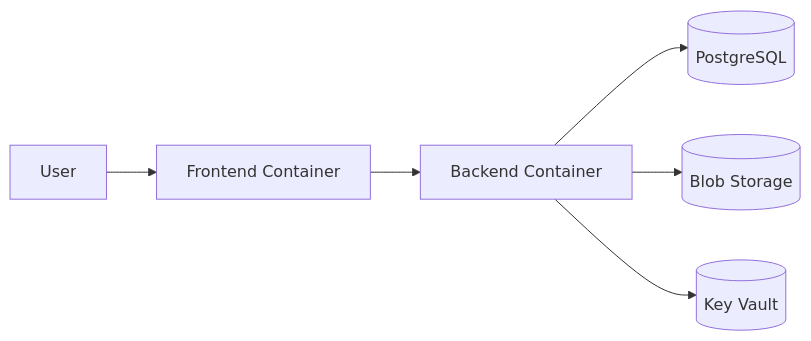
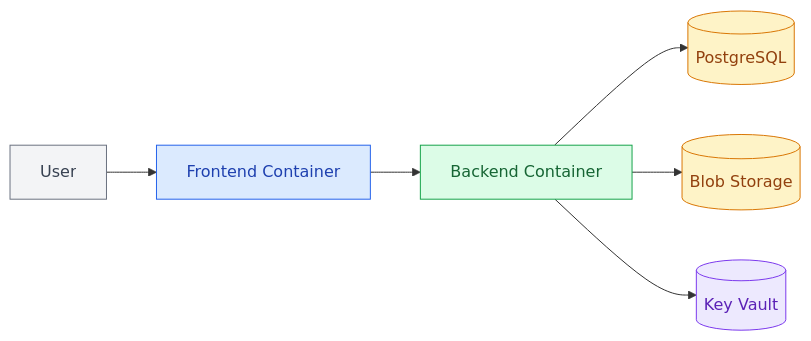
Before and after one commit to gpatwa/m365-vault: the third of 3 diagrams in docs/SECURITY.md, drawn with Mermaid. The commit also changed other lines of this file and 2 other files, not shown here.

First line of the commit message:
fix: bigger diagrams + colors on all Security doc Mermaid charts

````diff
--- a/docs/SECURITY.md
+++ b/docs/SECURITY.md
@@ -164,8 +172,13 @@
 ```mermaid
 graph LR
-    User[User] --> FE[Frontend Container]
-    FE --> BE[Backend Container]
-    BE --> PG[(PostgreSQL)]
-    BE --> Blob[(Blob Storage)]
-    BE --> KV[(Key Vault)]
+    User[User]:::external --> FE[Frontend Container]:::frontend
+    FE --> BE[Backend Container]:::backend
+    BE --> PG[(PostgreSQL)]:::storage
+    BE --> Blob[(Blob Storage)]:::storage
+    BE --> KV[(Key Vault)]:::secure
+    classDef external fill:#f3f4f6,stroke:#6b7280,color:#374151
+    classDef frontend fill:#dbeafe,stroke:#2563eb,color:#1e40af
+    classDef backend fill:#dcfce7,stroke:#16a34a,color:#166534
+    classDef storage fill:#fef3c7,stroke:#d97706,color:#92400e
+    classDef secure fill:#ede9fe,stroke:#7c3aed,color:#5b21b6
 ```
````
